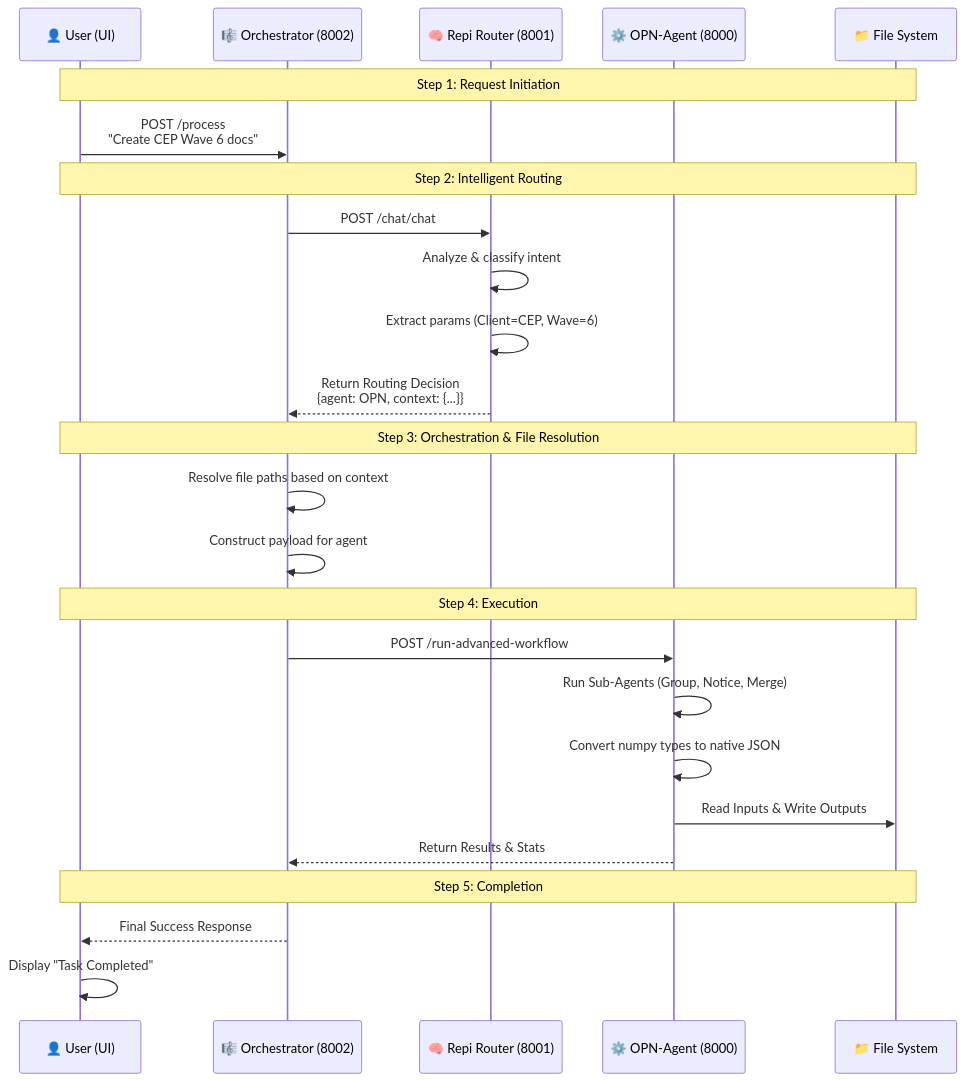
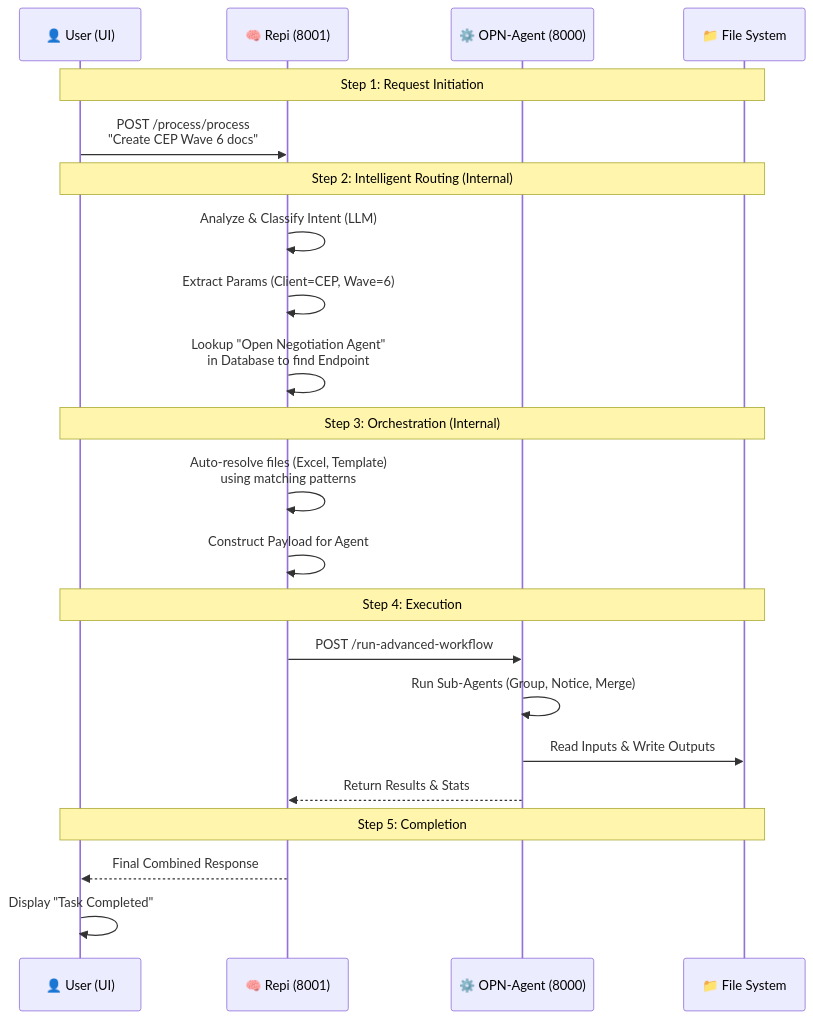
Before and after one commit to SK2252/opn: the second of 2 diagrams in Architecture_and_Workflow_Report.md, drawn with Mermaid. The commit also changed other lines of this file, not shown here.

Commit message:
Update Architecture Report for V2 Consolidated Architecture

````diff
--- a/Architecture_and_Workflow_Report.md
+++ b/Architecture_and_Workflow_Report.md
@@ -41,32 +42,29 @@
 ```mermaid
 sequenceDiagram
     participant U as 👤 User (UI)
-    participant O as 🎼 Orchestrator (8002)
-    participant R as 🧠 Repi Router (8001)
+    participant R as 🧠 Repi (8001)
     participant A as ⚙️ OPN-Agent (8000)
     participant F as 📁 File System
 
     Note over U,F: Step 1: Request Initiation
-    U->>O: POST /process<br/>"Create CEP Wave 6 docs"
+    U->>R: POST /process/process<br/>"Create CEP Wave 6 docs"
     
-    Note over U,F: Step 2: Intelligent Routing
-    O->>R: POST /chat/chat
-    R->>R: Analyze & classify intent
-    R->>R: Extract params (Client=CEP, Wave=6)
-    R-->>O: Return Routing Decision<br/>{agent: OPN, context: {...}}
+    Note over U,F: Step 2: Intelligent Routing (Internal)
+    R->>R: Analyze & Classify Intent (LLM)
+    R->>R: Extract Params (Client=CEP, Wave=6)
+    R->>R: Lookup "Open Negotiation Agent"<br/>in Database to find Endpoint
     
-    Note over U,F: Step 3: Orchestration & File Resolution
-    O->>O: Resolve file paths based on context
-    O->>O: Construct payload for agent
+    Note over U,F: Step 3: Orchestration (Internal)
+    R->>R: Auto-resolve files (Excel, Template)<br/>using matching patterns
+    R->>R: Construct Payload for Agent
     
     Note over U,F: Step 4: Execution
-    O->>A: POST /run-advanced-workflow
+    R->>A: POST /run-advanced-workflow
     A->>A: Run Sub-Agents (Group, Notice, Merge)
-    A->>A: Convert numpy types to native JSON
     A->>F: Read Inputs & Write Outputs
-    A-->>O: Return Results & Stats
+    A-->>R: Return Results & Stats
     
     Note over U,F: Step 5: Completion
-    O-->>U: Final Success Response
+    R-->>U: Final Combined Response
     U->>U: Display "Task Completed"
 ```
````
